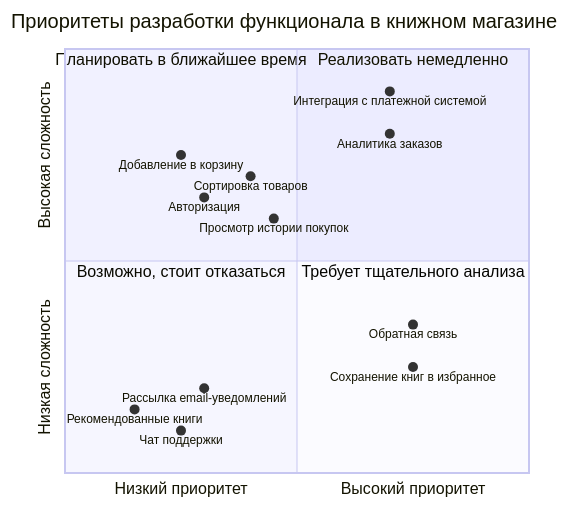
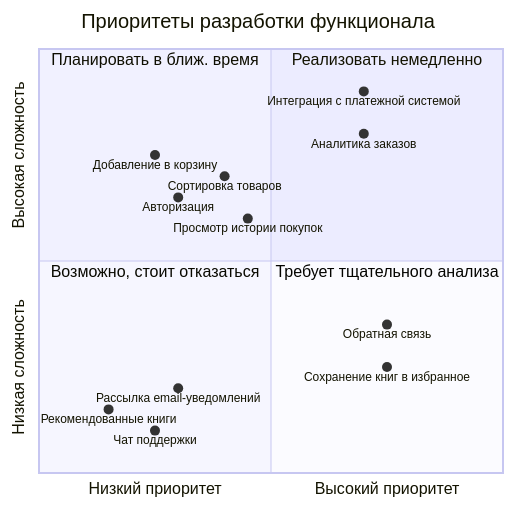
Before and after one commit to akneshoot/ShopWeb: the third of 3 diagrams in README.md, drawn with Mermaid.

````diff
--- a/README.md
+++ b/README.md
@@ -79,23 +79,23 @@
 ```mermaid
 quadrantChart
-    title Приоритеты разработки функционала в книжном магазине
+    title Приоритеты разработки функционала
     x-axis "Низкий приоритет" --> "Высокий приоритет"
     y-axis "Низкая сложность" --> "Высокая сложность"
     quadrant-1 "Реализовать немедленно"
-    quadrant-2 "Планировать в ближайшее время"
+    quadrant-2 "Планировать в ближ. время"
     quadrant-3 "Возможно, стоит отказаться"
     quadrant-4 "Требует тщательного анализа"
     "Чат поддержки": [0.25, 0.10]
     "Обратная связь": [0.75, 0.35]
     "Просмотр истории покупок": [0.45, 0.60]
     "Аналитика заказов": [0.70, 0.80]
     "Интеграция с платежной системой": [0.70, 0.90]
     "Добавление в корзину": [0.25, 0.75]
     "Авторизация": [0.30, 0.65]
     "Сортировка товаров": [0.40, 0.70]
     "Рекомендованные книги": [0.15, 0.15]
     "Сохранение книг в избранное": [0.75, 0.25]
     "Рассылка email-уведомлений": [0.30, 0.20]
 
 
 ```
````
